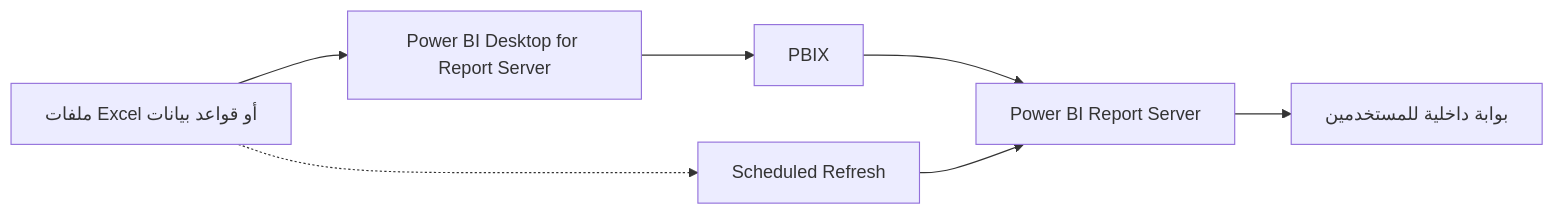
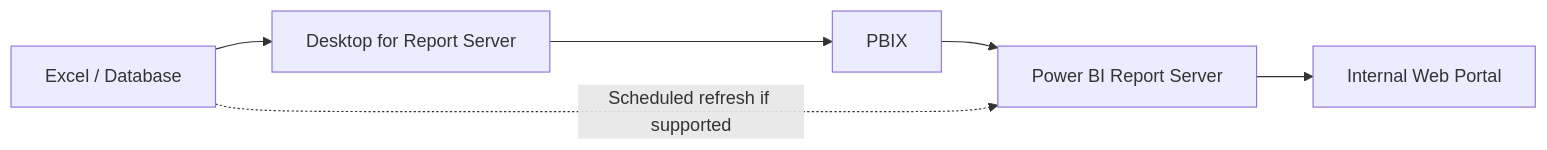
The diagram in guides/Power-BI-Report-Server/README.md (talalalsultan246-cell/Arena-Simulation-Arabic-Guide), drawn with Mermaid before and after one commit. The commit also changed other lines of this file, not shown here.

Commit message:
docs: rewrite Power BI Report Server guide in consistent Arabic RTL reader-oriented steps

````diff
--- a/guides/Power-BI-Report-Server/README.md
+++ b/guides/Power-BI-Report-Server/README.md
@@ -33,9 +29,8 @@
 ```mermaid
 flowchart LR
-    A["ملفات Excel أو قواعد بيانات"] --> B["Power BI Desktop for Report Server"]
+    A["Excel / Database"] --> B["Desktop for Report Server"]
     B --> C["PBIX"]
     C --> D["Power BI Report Server"]
-    D --> E["بوابة داخلية للمستخدمين"]
-    A -.-> F["Scheduled Refresh"]
-    F --> D
+    D --> E["Internal Web Portal"]
+    A -. "Scheduled refresh if supported" .-> D
 ```
````
